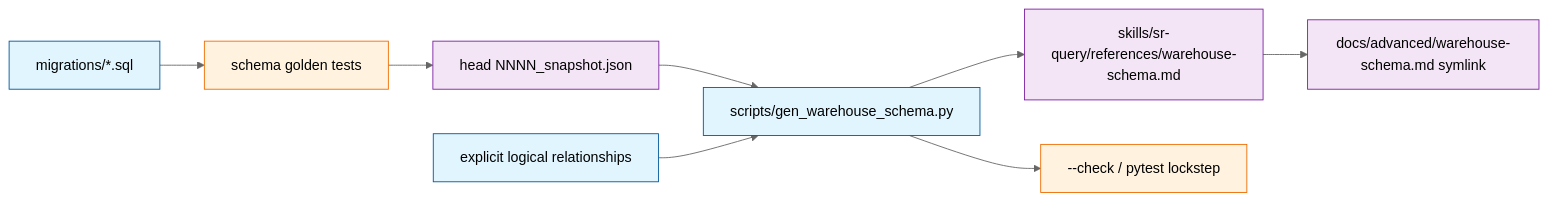
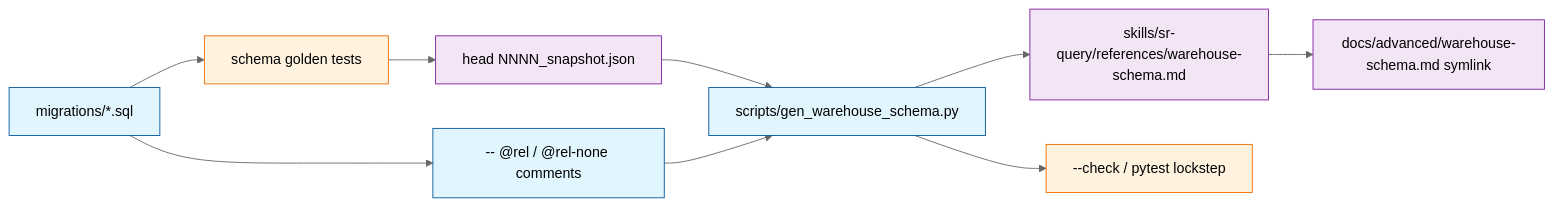
The diagram in memory-bank/active/tasks.md (Texarkanine/stockroom), drawn with Mermaid (neutral theme) before and after one commit. The commit also changed other lines of this file and 3 other files, not shown here.

````diff
--- a/memory-bank/active/tasks.md
+++ b/memory-bank/active/tasks.md
@@ -15,14 +15,15 @@
 ```mermaid
 flowchart LR
     classDef source fill:#e1f5fe,stroke:#01579b;
     classDef artifact fill:#f3e5f5,stroke:#7b1fa2;
     classDef gate fill:#fff3e0,stroke:#ef6c00;
 
     Mig["migrations/*.sql"]:::source --> Tests["schema golden tests"]:::gate
     Tests --> Snap["head NNNN_snapshot.json"]:::artifact
+    Mig --> Rel["-- @rel / @rel-none comments"]:::source
     Snap --> Gen["scripts/gen_warehouse_schema.py"]:::source
-    Rel["explicit logical relationships"]:::source --> Gen
+    Rel --> Gen
     Gen --> Skill["skills/sr-query/references/warehouse-schema.md"]:::artifact
     Skill --> Docs["docs/advanced/warehouse-schema.md symlink"]:::artifact
     Gen --> Check["--check / pytest lockstep"]:::gate
 ```
````
